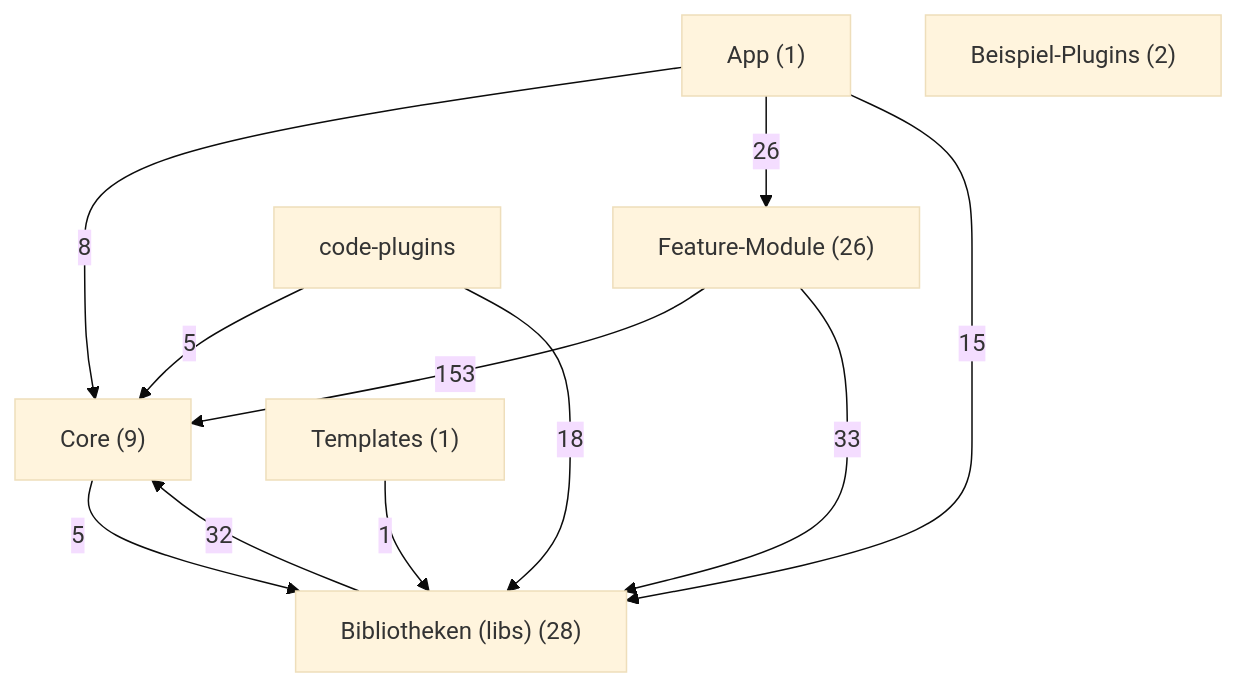
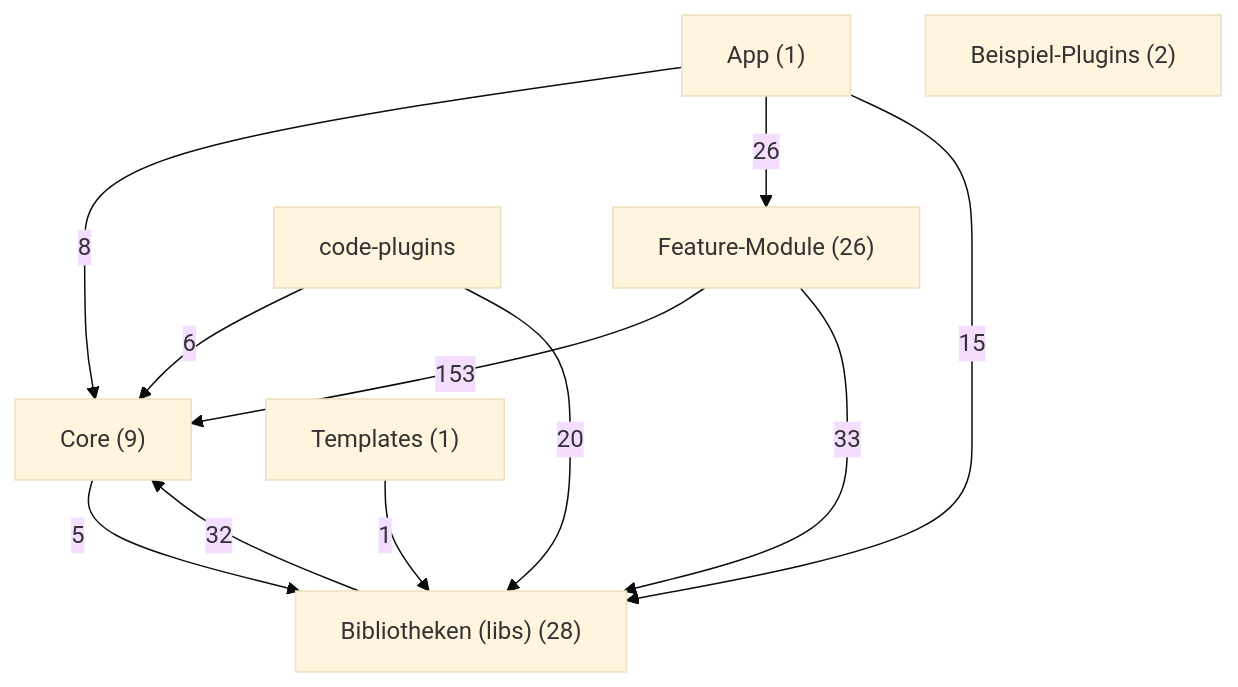
The first of 2 diagrams in docs/dev/module-graph.md (scto/CodeForgeMobile), drawn with Mermaid (base theme) before and after one commit. The commit also changed other lines of this file and 23 other files, not shown here.

````diff
--- a/docs/dev/module-graph.md
+++ b/docs/dev/module-graph.md
@@ -9,19 +9,19 @@
 ```mermaid
 flowchart TD
     app["App (1)"]
     feature["Feature-Module (26)"]
     core["Core (9)"]
     libs["Bibliotheken (libs) (28)"]
     examples["Beispiel-Plugins (2)"]
     templates["Templates (1)"]
     app -->|8| core
     app -->|26| feature
     app -->|15| libs
-    code-plugins -->|5| core
-    code-plugins -->|18| libs
+    code-plugins -->|6| core
+    code-plugins -->|20| libs
     core -->|5| libs
     feature -->|153| core
     feature -->|33| libs
     libs -->|32| core
     templates -->|1| libs
 ```
````
